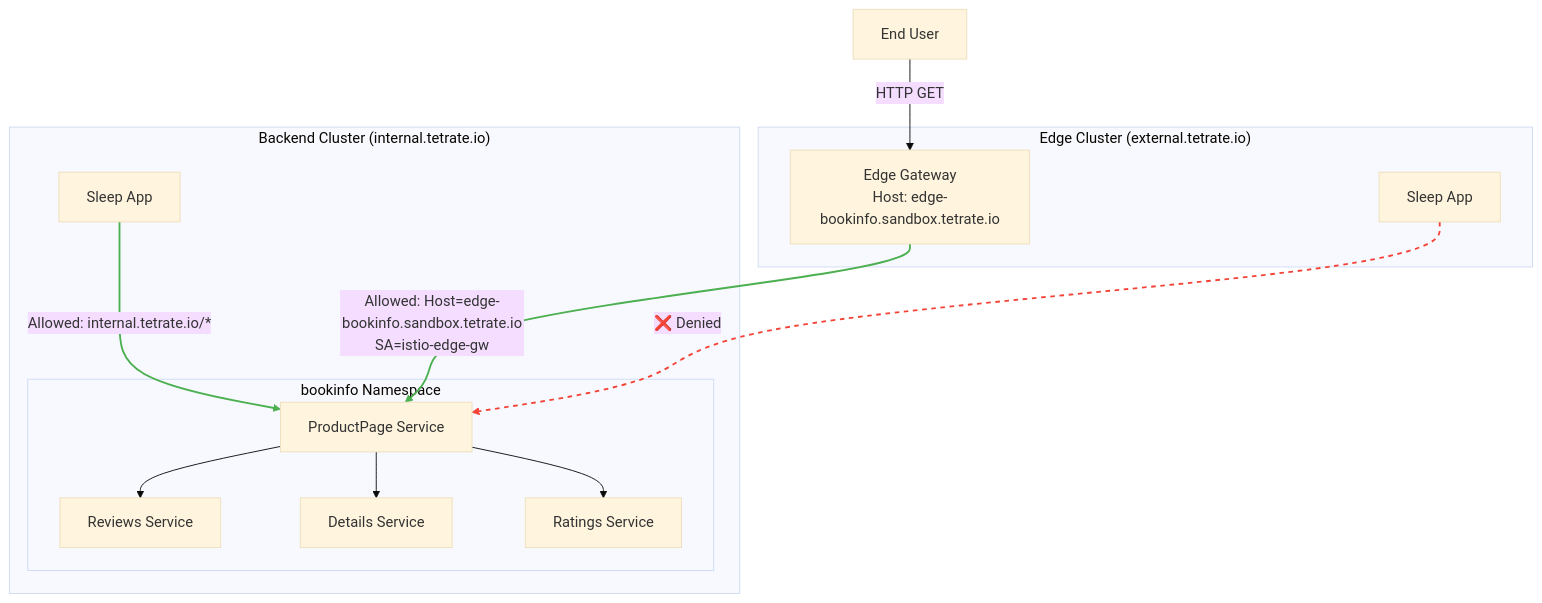
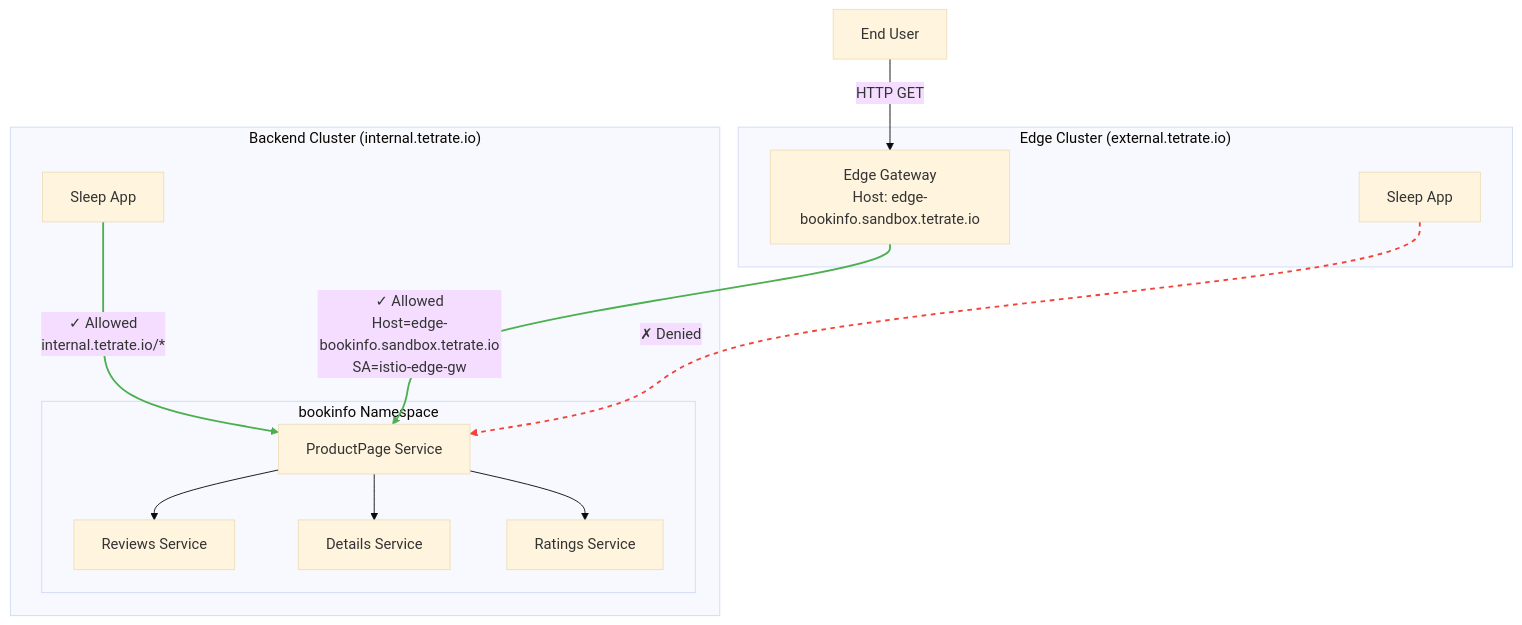
The diagram in AUTHORIZATION.md (shamusx/istio-multicluster-demo), drawn with Mermaid (base theme) before and after one commit.

````diff
--- a/AUTHORIZATION.md
+++ b/AUTHORIZATION.md
@@ -6,42 +6,42 @@
 ```mermaid
 graph TD
     %% Internet entry point
     User[End User] -->|HTTP GET| EdgeGW[Edge Gateway]
 
     %% Edge Cluster (external.tetrate.io)
     subgraph Edge_Cluster["Edge Cluster (external.tetrate.io)"]
         spacer1[" "]:::invisible
         spacer2[" "]:::invisible
         spacer3[" "]:::invisible
         EdgeGW[Edge Gateway<br/>Host: edge-bookinfo.sandbox.tetrate.io]
         SleepEdge[Sleep App]
     end
 
     %% Backend Cluster (internal.tetrate.io)
     subgraph Backend_Cluster["Backend Cluster (internal.tetrate.io)"]
         subgraph Bookinfo_NS["bookinfo Namespace"]
             ProductPage[ProductPage Service]
             Reviews[Reviews Service]
             Details[Details Service]
             Ratings[Ratings Service]
             ProductPage --> Reviews
             ProductPage --> Details
             ProductPage --> Ratings
         end
         SleepBackend[Sleep App]
     end
 
     %% AuthZ Policy Paths
-    SleepBackend -->|Allowed: internal.tetrate.io/*| ProductPage
-    EdgeGW -->|Allowed: Host=edge-bookinfo.sandbox.tetrate.io<br/>SA=istio-edge-gw| ProductPage
-    SleepEdge -->|❌ Denied| ProductPage
+    SleepBackend -->|✓ Allowed<br/>internal.tetrate.io/*| ProductPage
+    EdgeGW -->|✓ Allowed<br/>Host=edge-bookinfo.sandbox.tetrate.io<br/>SA=istio-edge-gw| ProductPage
+    SleepEdge -->|✗ Denied| ProductPage
 
     %% Link styling
     linkStyle 4 stroke:#4caf50,stroke-width:2px
     linkStyle 5 stroke:#4caf50,stroke-width:2px
     linkStyle 6 stroke:#f44336,stroke-width:2px,stroke-dasharray: 5
 
     %% Invisible class to pad subgraph labels
     classDef invisible fill:#ffffff00,stroke:#ffffff00
     class spacer1,spacer2,spacer3 invisible
 ```
````
